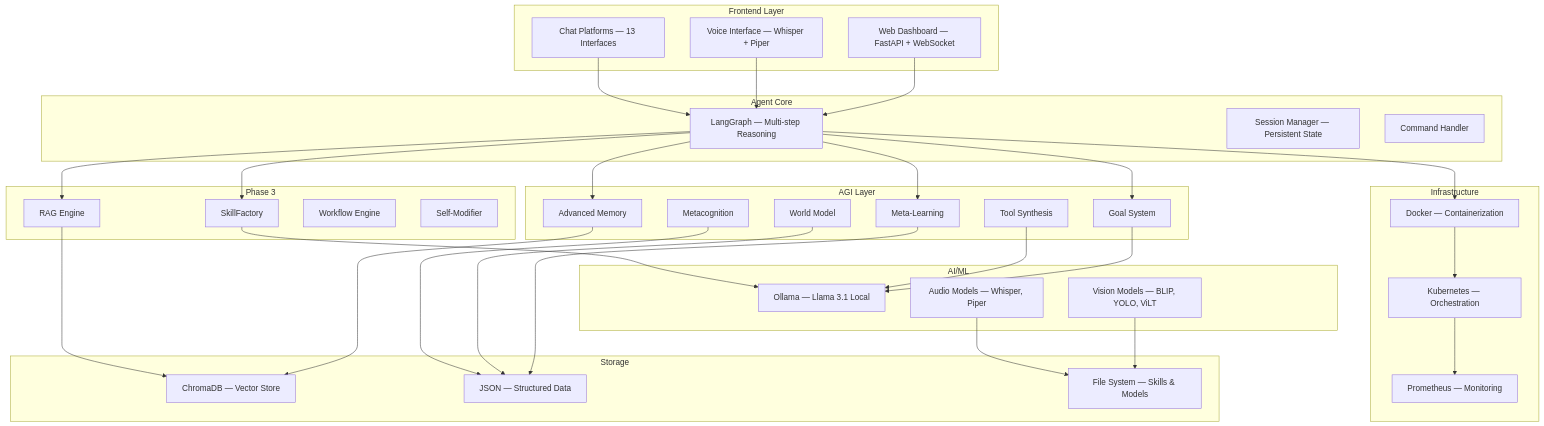
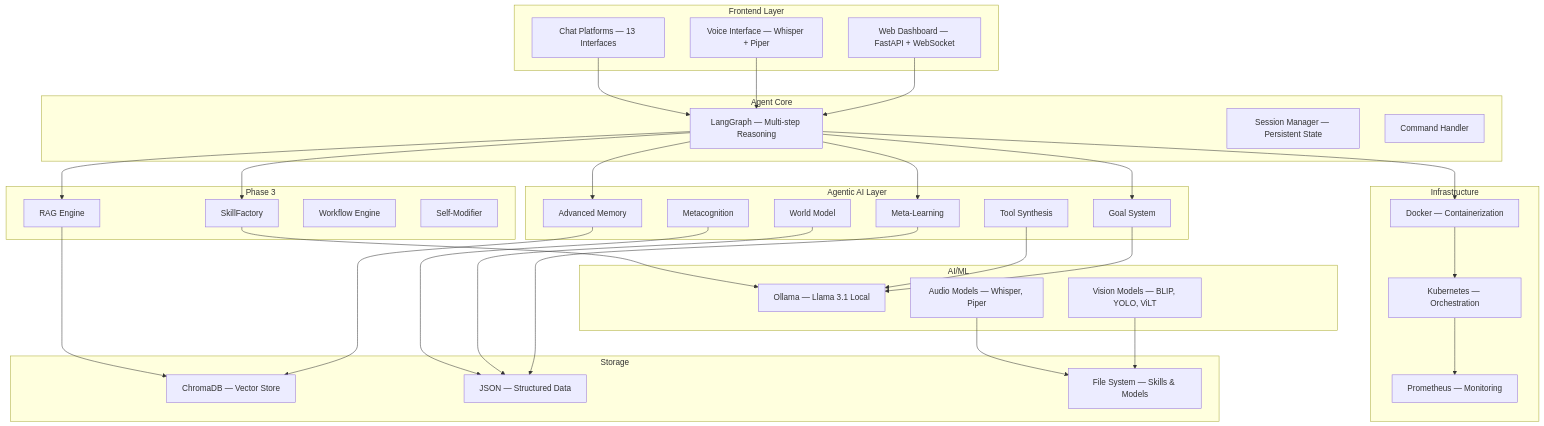
Diagram 17 of 18 in README.md (bistuwangqiyuan/Open-Sable), drawn with Mermaid before and after one commit. The commit also changed other lines of this file and 24 other files, not shown here.

````diff
--- a/README.md
+++ b/README.md
@@ -1891,74 +1899,74 @@
 ```mermaid
 graph TB
     subgraph "Frontend Layer"
         WEB[Web Dashboard — FastAPI + WebSocket]
         VOICE[Voice Interface — Whisper + Piper]
         CHAT[Chat Platforms — 13 Interfaces]
     end
     
     subgraph "Agent Core"
         LANG[LangGraph — Multi-step Reasoning]
         SESSION[Session Manager — Persistent State]
         CMD[Command Handler]
     end
     
-    subgraph "AGI Layer"
+    subgraph "Agentic AI Layer"
         GOALS[Goal System]
         MEM[Advanced Memory]
         META[Meta-Learning]
         TOOLS[Tool Synthesis]
         WORLD[World Model]
         METACOG[Metacognition]
     end
     
     subgraph "Phase 3"
         SFACT[SkillFactory]
         RAG[RAG Engine]
         WF[Workflow Engine]
         SELFMOD[Self-Modifier]
     end
     
     subgraph "AI/ML"
         LLM[Ollama — Llama 3.1 Local]
         VISION[Vision Models — BLIP, YOLO, ViLT]
         AUDIO[Audio Models — Whisper, Piper]
     end
     
     subgraph "Storage"
         VECTOR[ChromaDB — Vector Store]
         JSON[JSON — Structured Data]
         FILES[File System — Skills & Models]
     end
     
     subgraph "Infrastructure"
         DOCKER[Docker — Containerization]
         K8S[Kubernetes — Orchestration]
         MONITOR[Prometheus — Monitoring]
     end
     
     WEB --> LANG
     VOICE --> LANG
     CHAT --> LANG
     
     LANG --> GOALS
     LANG --> MEM
     LANG --> META
     LANG --> SFACT
     LANG --> RAG
     
     GOALS --> LLM
     MEM --> VECTOR
     RAG --> VECTOR
     META --> JSON
     TOOLS --> LLM
     WORLD --> JSON
     METACOG --> JSON
     SFACT --> LLM
     
     VISION --> FILES
     AUDIO --> FILES
     
     LANG --> DOCKER
     DOCKER --> K8S
     K8S --> MONITOR
 ```
````
